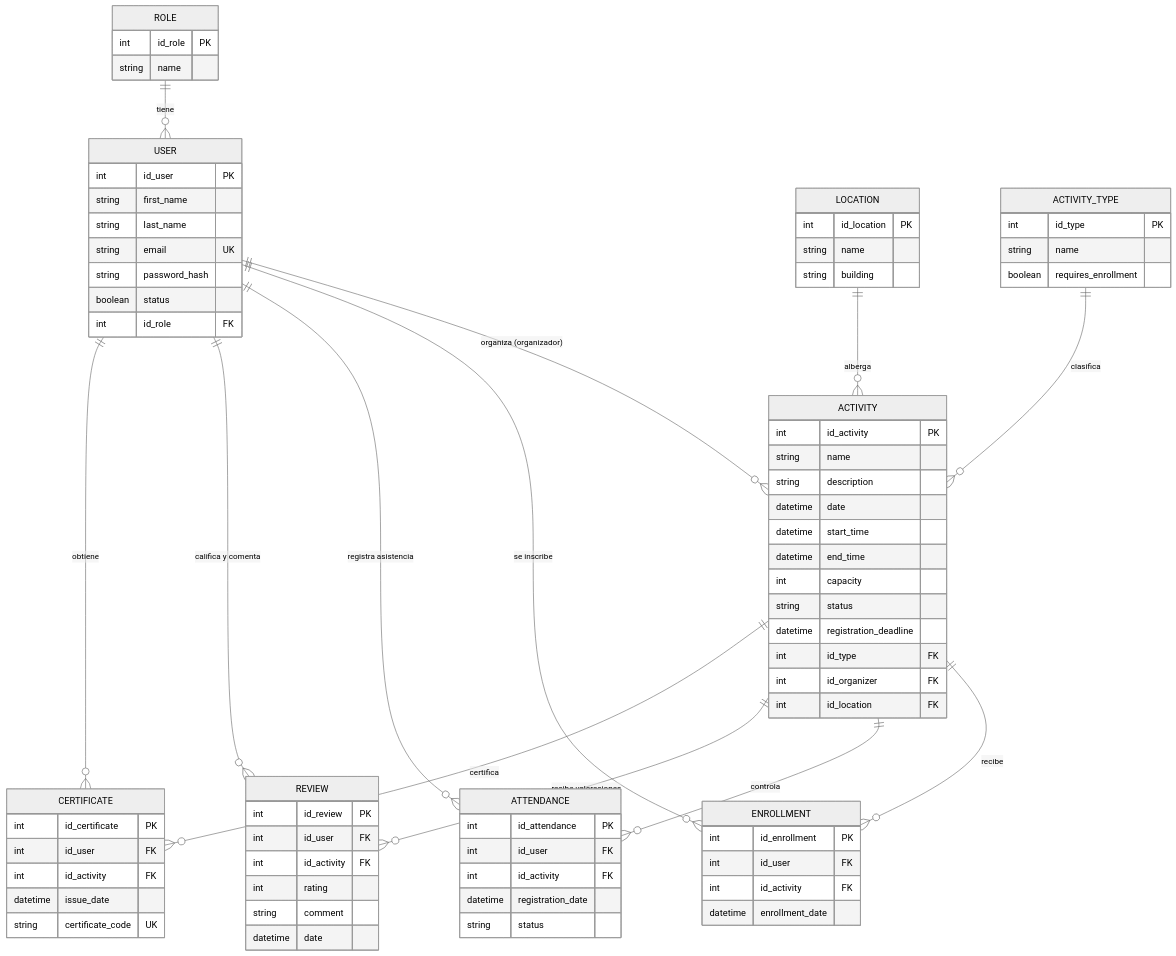
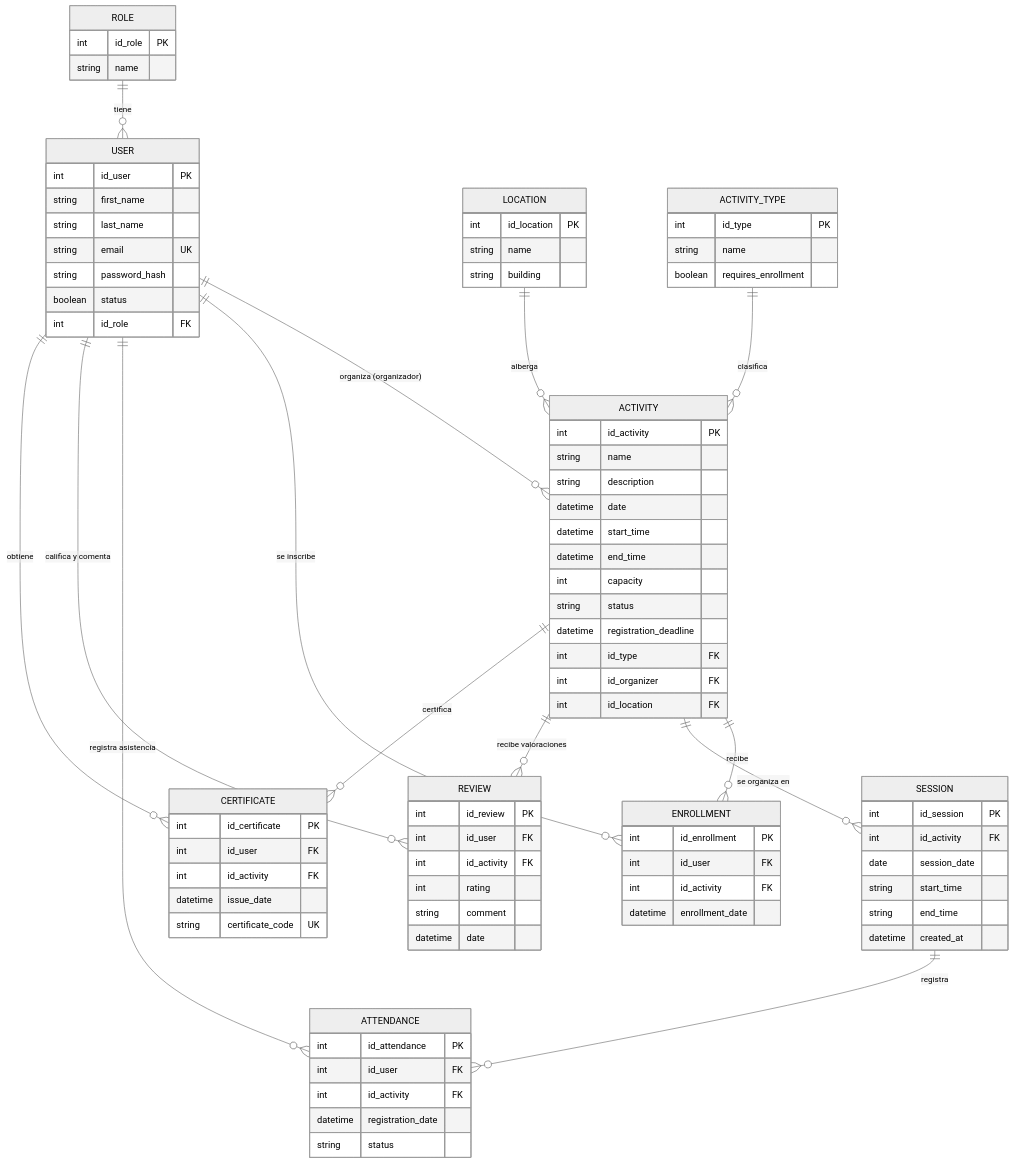
The diagram in docs/Diseño base de datos.md (n1car/KOOLER), drawn with Mermaid (neutral theme) before and after one commit. The commit also changed other lines of this file, not shown here.

Commit message:
docs(db): agregar SESSION al ERD y diccionario

```diff
--- a/docs/Diseño base de datos.md
+++ b/docs/Diseño base de datos.md
@@ -22,7 +22,8 @@
     ACTIVITY_TYPE ||--o{ ACTIVITY : "clasifica"
 
     ACTIVITY ||--o{ ENROLLMENT : "recibe"
-    ACTIVITY ||--o{ ATTENDANCE : "controla"
+    ACTIVITY ||--o{ SESSION : "se organiza en"
+    SESSION ||--o{ ATTENDANCE : "registra"
     ACTIVITY ||--o{ REVIEW : "recibe valoraciones"
     ACTIVITY ||--o{ CERTIFICATE : "certifica"
 
@@ -75,6 +76,15 @@
         datetime enrollment_date
     }
 
+    SESSION {
+        int id_session PK
+        int id_activity FK
+        date session_date
+        string start_time
+        string end_time
+        datetime created_at
+    }
+
     ATTENDANCE {
         int id_attendance PK
         int id_user FK
```
